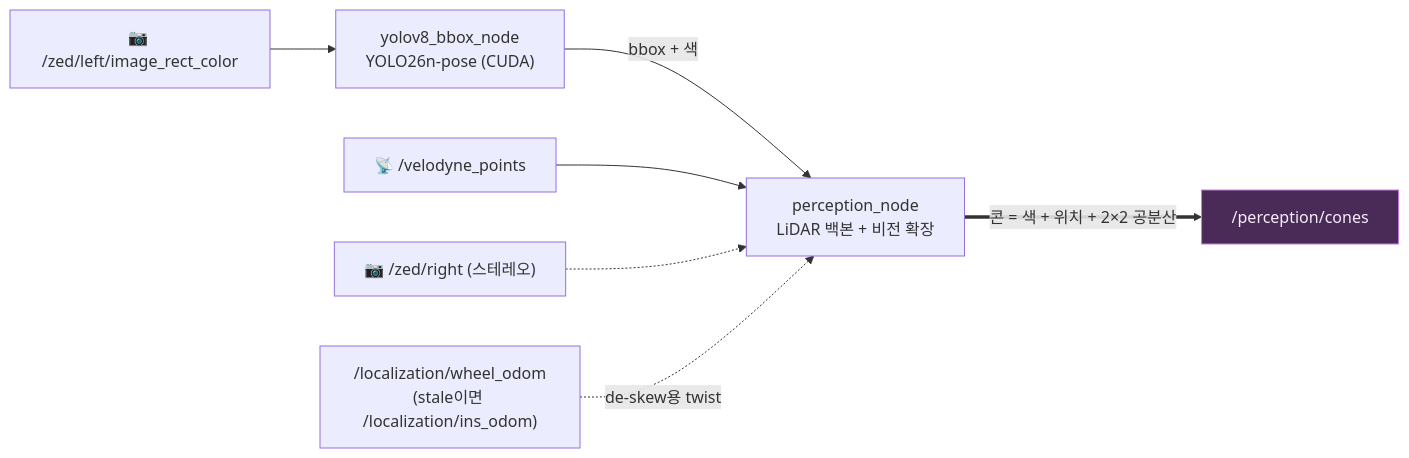
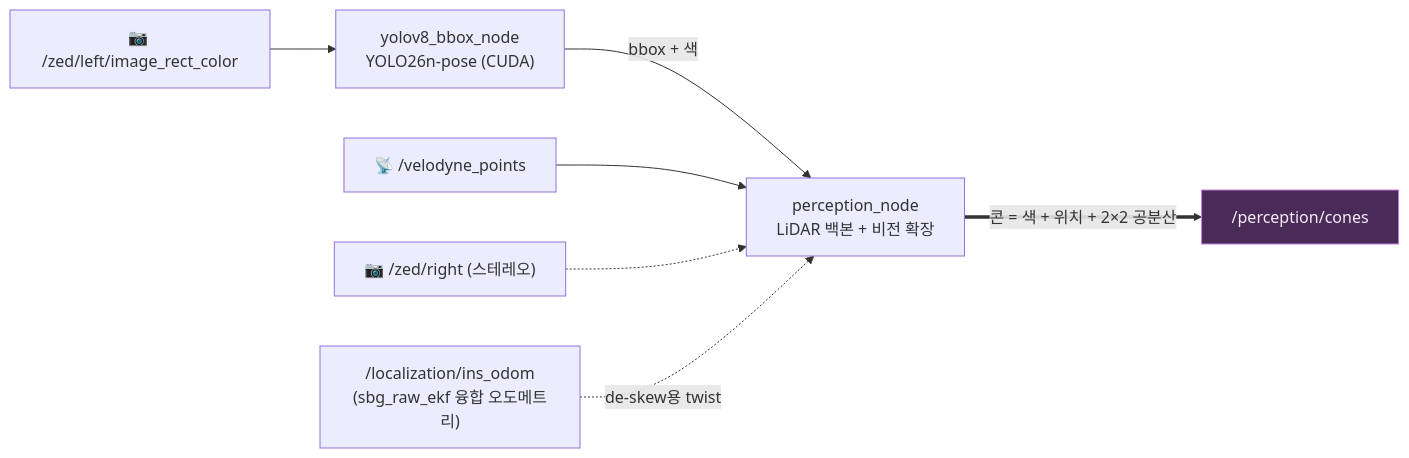
Before and after one commit to shchon11/HYU-Formula-Student: the diagram in perception/README.md, drawn with Mermaid. The commit also changed other lines of this file and 62 other files, not shown here.

````diff
--- a/perception/README.md
+++ b/perception/README.md
@@ -6,11 +6,11 @@
 ```mermaid
 flowchart LR
     IMG["📷 /zed/left/image_rect_color"] --> YOLO["yolov8_bbox_node<br/>YOLO26n-pose (CUDA)"]
     YOLO -->|"bbox + 색"| FUSE
     PC["📡 /velodyne_points"] --> FUSE["perception_node<br/>LiDAR 백본 + 비전 확장"]
     RIMG["📷 /zed/right (스테레오)"] -.-> FUSE
-    ODO["/localization/wheel_odom<br/>(stale이면 /localization/ins_odom)"] -.->|"de-skew용 twist"| FUSE
+    ODO["/localization/ins_odom<br/>(sbg_raw_ekf 융합 오도메트리)"] -.->|"de-skew용 twist"| FUSE
     FUSE ==>|"콘 = 색 + 위치 + 2×2 공분산"| OUT["/perception/cones"]
 
     style OUT fill:#4a2b57,stroke:#c77dde,color:#f7ecfc
 ```
````
